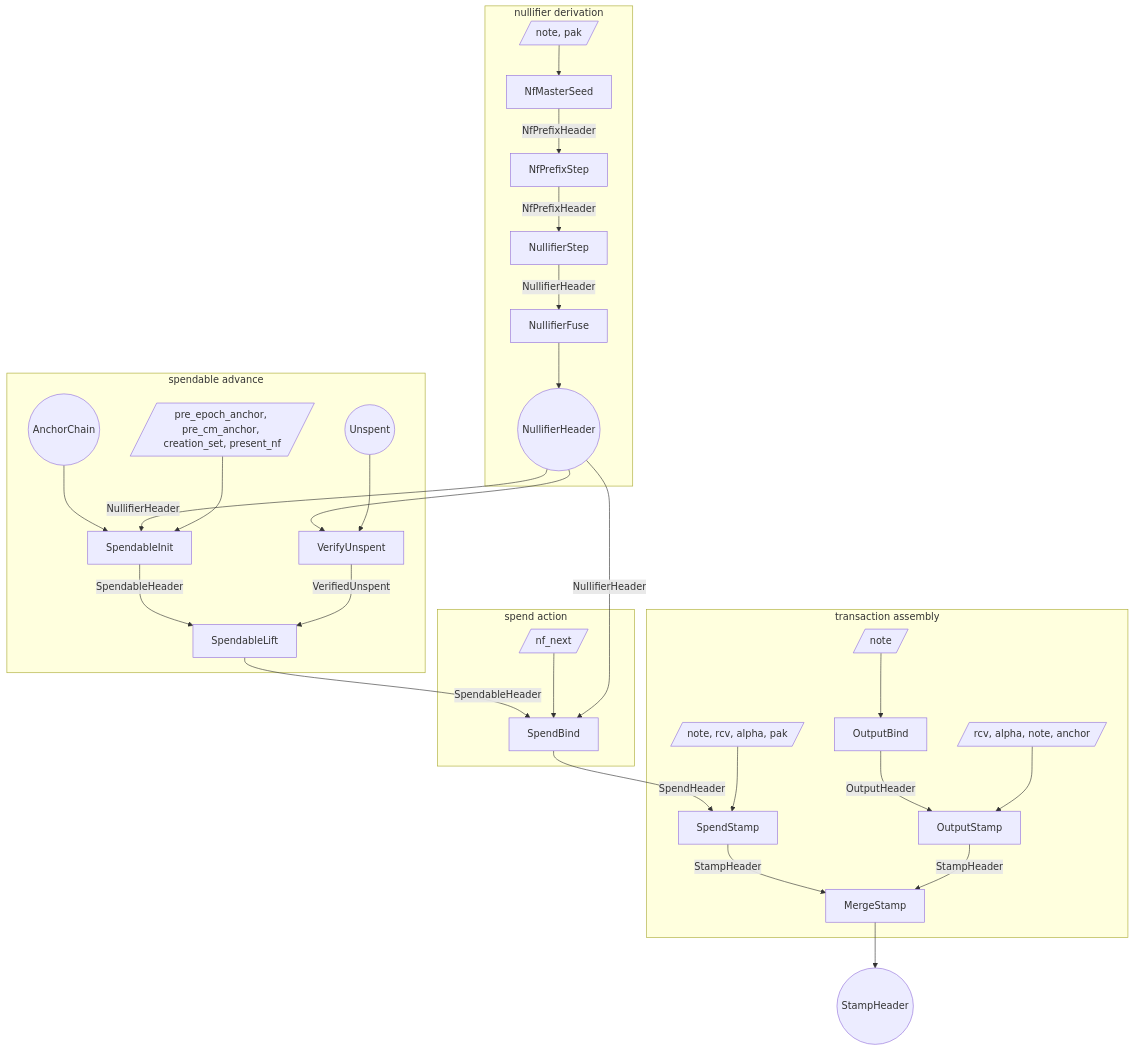
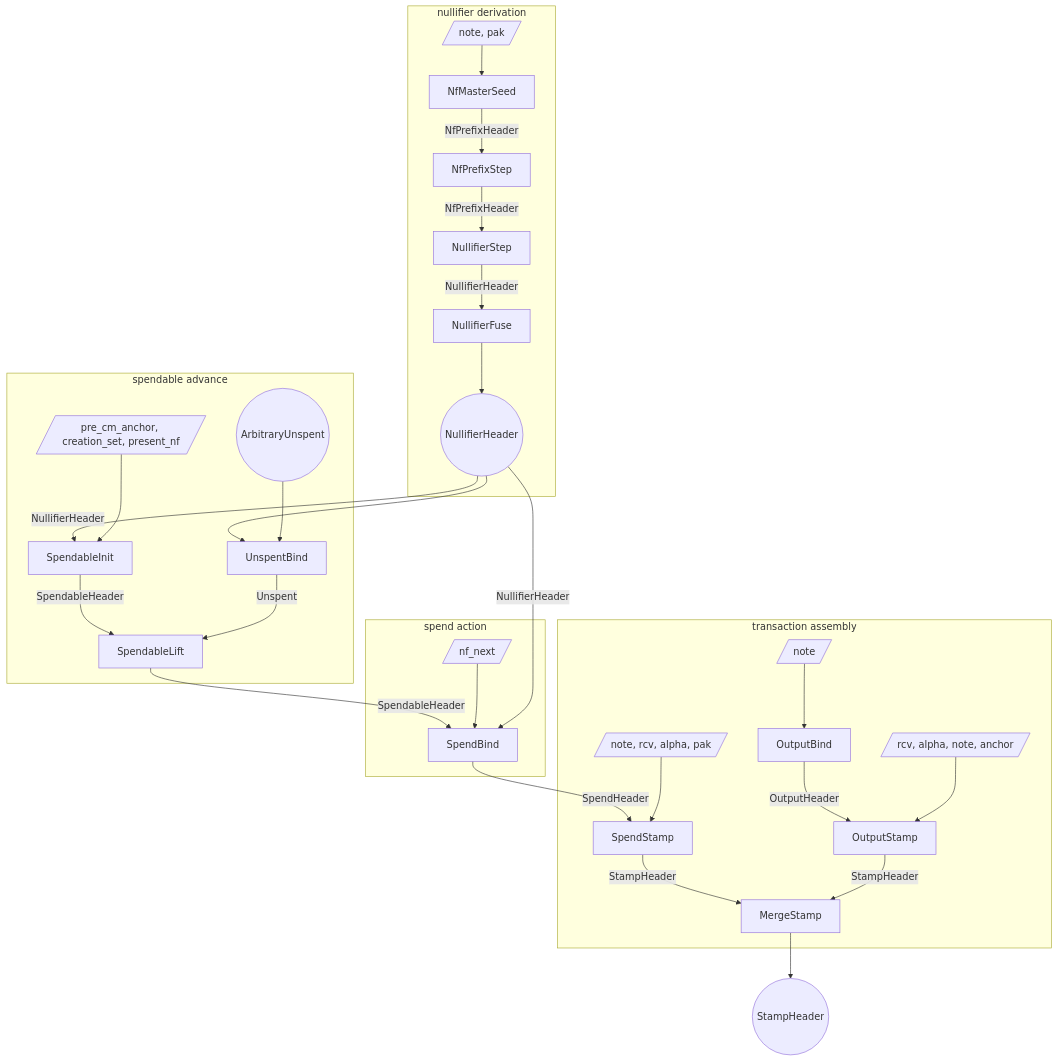
One commit to S1nus/tachyon changed the first of 3 diagrams in book/src/proof-tree.md. Above: the diagram before and after it, drawn with Mermaid. The commit also changed other lines of this file and 13 other files, not shown here.

First line of the commit message:
refactor: anchor commits to epoch (#185)

````diff
--- a/book/src/proof-tree.md
+++ b/book/src/proof-tree.md
@@ -219,64 +223,62 @@
 ```mermaid
 flowchart TB
   subgraph derive [nullifier derivation]
     w_seed[/note, pak/]
     s_seed[NfMasterSeed]
     s_walk[NfPrefixStep]
     s_leaf[NullifierStep]
     s_dfuse[NullifierFuse]
     nf_range((NullifierHeader))
   end
 
   subgraph spendable [spendable advance]
-    w_init[/pre_epoch_anchor, pre_cm_anchor, creation_set, present_nf/]
-    anchor_init((AnchorChain))
+    w_init[/pre_cm_anchor, creation_set, present_nf/]
     s_init[SpendableInit]
-    unspent_in((Unspent))
-    s_verify[VerifyUnspent]
+    unspent_in((ArbitraryUnspent))
+    s_unspentbind[UnspentBind]
     s_lift[SpendableLift]
   end
 
   subgraph spend_action [spend action]
     w_bind[/nf_next/]
     s_bind[SpendBind]
   end
 
   subgraph merge [transaction assembly]
     w_stamp[/note, rcv, alpha, pak/]
     s_spendstamp[SpendStamp]
     w_outbind[/note/]
     s_outbind[OutputBind]
     w_output[/rcv, alpha, note, anchor/]
     s_output[OutputStamp]
     s_merge[MergeStamp]
   end
 
   stamp_out((StampHeader))
 
   w_seed --> s_seed
   s_seed -->|NfPrefixHeader| s_walk
   s_walk -->|NfPrefixHeader| s_leaf
   s_leaf -->|NullifierHeader| s_dfuse
   s_dfuse --> nf_range
 
-  anchor_init --> s_init
   nf_range -->|NullifierHeader| s_init
   w_init --> s_init
-  nf_range --> s_verify
-  unspent_in --> s_verify
+  nf_range --> s_unspentbind
+  unspent_in --> s_unspentbind
   s_init -->|SpendableHeader| s_lift
-  s_verify -->|VerifiedUnspent| s_lift
+  s_unspentbind -->|Unspent| s_lift
   s_lift -->|SpendableHeader| s_bind
 
   w_bind --> s_bind
   nf_range -->|NullifierHeader| s_bind
   s_bind -->|SpendHeader| s_spendstamp
   w_stamp --> s_spendstamp
 
   w_outbind --> s_outbind
   s_outbind -->|OutputHeader| s_output
   w_output --> s_output
   s_spendstamp -->|StampHeader| s_merge
   s_output -->|StampHeader| s_merge
   s_merge --> stamp_out
 ```
````
